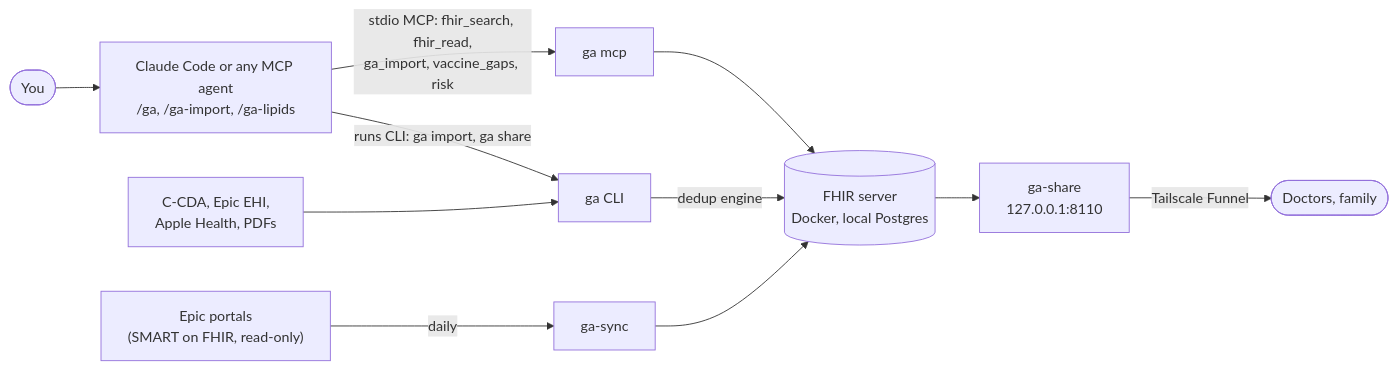
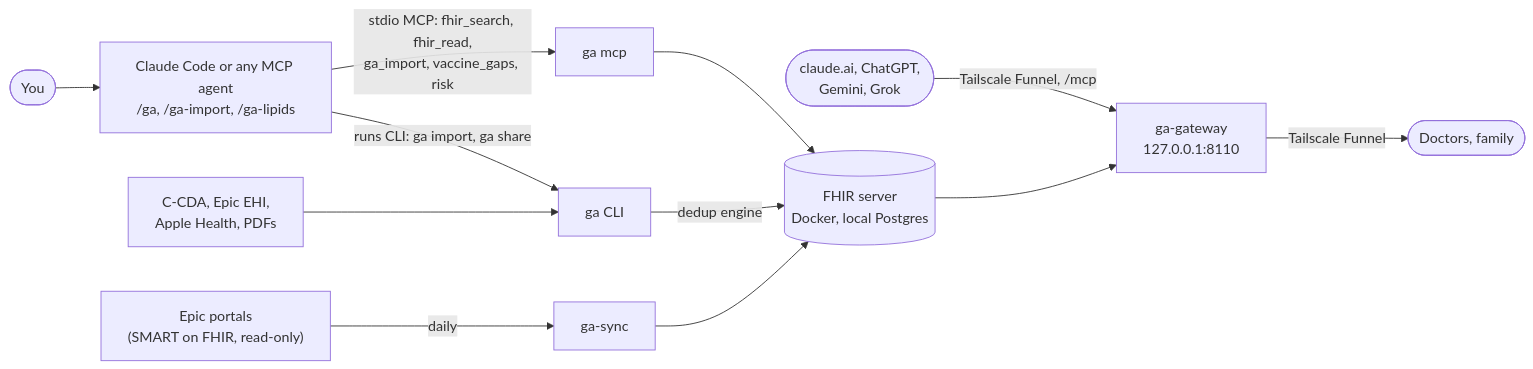
The diagram in README.md (seouri/ga-server), drawn with Mermaid before and after one commit. The commit also changed other lines of this file and 8 other files, not shown here.

Commit message:
docs: GA from chat apps

````diff
--- a/README.md
+++ b/README.md
@@ -34,11 +36,12 @@
 ```mermaid
 flowchart LR
   you([You]) --> agent["Claude Code or any MCP agent<br/>/ga, /ga-import, /ga-lipids"]
   agent -- "stdio MCP: fhir_search, fhir_read,<br/>ga_import, vaccine_gaps, risk" --> mcp["ga mcp"]
+  apps(["claude.ai, ChatGPT,<br/>Gemini, Grok"]) -- "Tailscale Funnel, /mcp" --> gateway
   agent -- "runs CLI: ga import, ga share" --> cli["ga CLI"]
   mcp --> fhir[("FHIR server<br/>Docker, local Postgres")]
   cli -- "dedup engine" --> fhir
   files["C-CDA, Epic EHI,<br/>Apple Health, PDFs"] --> cli
   epic["Epic portals<br/>(SMART on FHIR, read-only)"] -- "daily" --> sync["ga-sync"] --> fhir
-  fhir --> share["ga-share<br/>127.0.0.1:8110"] -- "Tailscale Funnel" --> people(["Doctors, family"])
+  fhir --> gateway["ga-gateway<br/>127.0.0.1:8110"] -- "Tailscale Funnel" --> people(["Doctors, family"])
 ```
````
